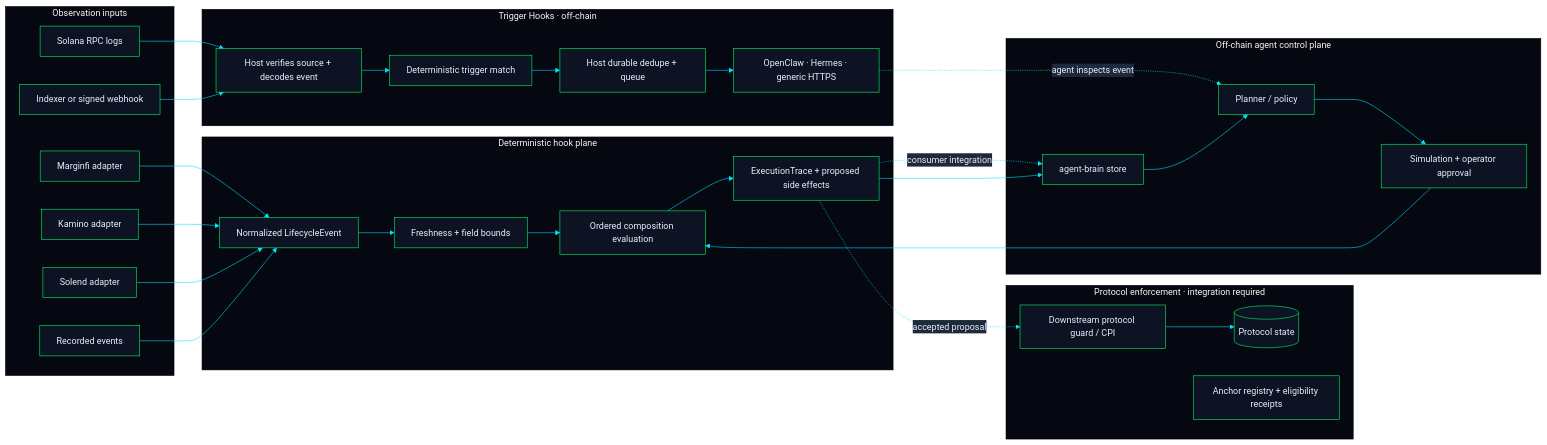
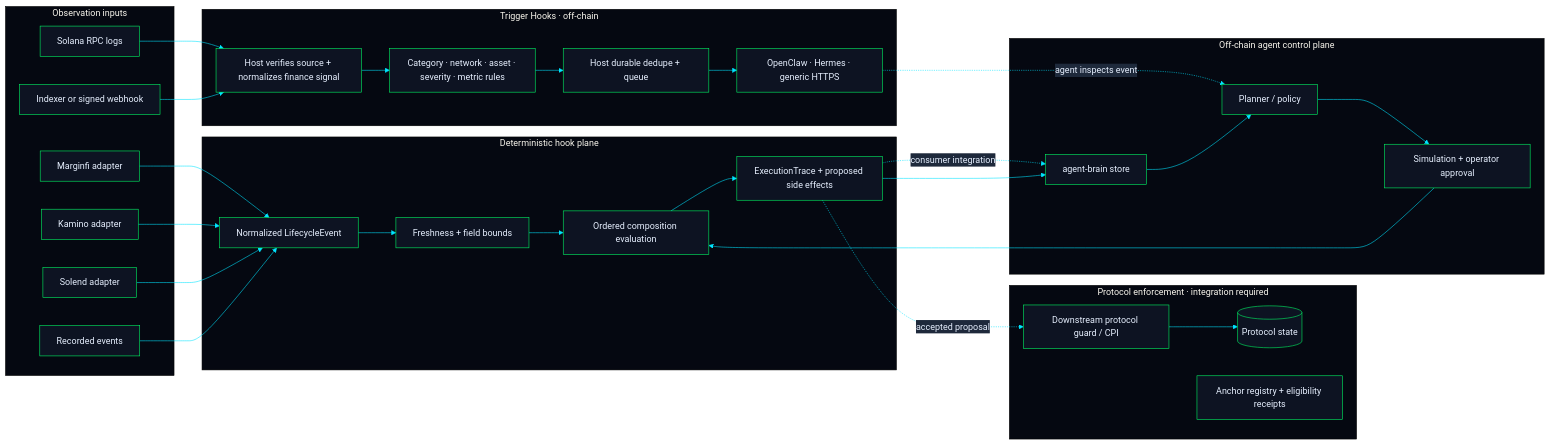
One commit to lewodro/agent-hooks changed the diagram in docs/architecture.md. Above: the diagram before and after it, drawn with Mermaid. The commit also changed other lines of this file, not shown here.

Commit message:
docs: model configurable finance signals in architecture

````diff
--- a/docs/architecture.md
+++ b/docs/architecture.md
@@ -5,48 +5,48 @@
 ```mermaid
 %%{init: { "theme": "base", "themeVariables": {
   "primaryColor": "#0D1322",
   "primaryTextColor": "#E7F0FF",
   "primaryBorderColor": "#00FF66",
   "lineColor": "#00E5FF",
   "secondaryColor": "#1E293B",
   "tertiaryColor": "#050811",
   "fontFamily": "Space Mono, monospace"
 }} }%%
 flowchart LR
   subgraph inputs [Observation inputs]
     M[Marginfi adapter]
     K[Kamino adapter]
     S[Solend adapter]
     HIST[Recorded events]
     RPC[Solana RPC logs]
     IDX[Indexer or signed webhook]
   end
   subgraph triggers [Trigger Hooks · off-chain]
-    VERIFY[Host verifies source + decodes event]
-    MATCH[Deterministic trigger match]
+    VERIFY[Host verifies source + normalizes finance signal]
+    MATCH[Category · network · asset · severity · metric rules]
     DEDUPE[Host durable dedupe + queue]
     WAKE[OpenClaw · Hermes · generic HTTPS]
   end
   subgraph deterministic [Deterministic hook plane]
     N[Normalized LifecycleEvent]
     V[Freshness + field bounds]
     C[Ordered composition evaluation]
     T[ExecutionTrace + proposed side effects]
   end
   subgraph enforcement [Protocol enforcement · integration required]
     P[Downstream protocol guard / CPI]
     STATE[(Protocol state)]
     REG[Anchor registry + eligibility receipts]
   end
   subgraph learning [Off-chain agent control plane]
     B[agent-brain store]
     PL[Planner / policy]
     REVIEW[Simulation + operator approval]
   end
   RPC & IDX --> VERIFY --> MATCH --> DEDUPE --> WAKE
   WAKE -. agent inspects event .-> PL
   M & K & S & HIST --> N --> V --> C --> T
   T -. accepted proposal .-> P --> STATE
   T -. consumer integration .-> B
   T --> B --> PL --> REVIEW --> C
 ```
````
